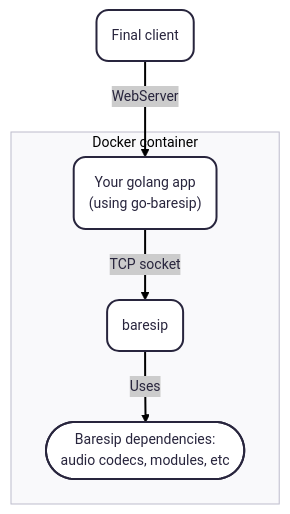
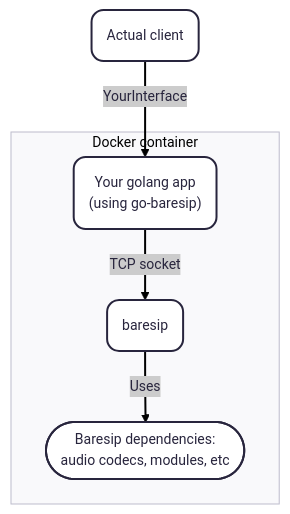
One commit to f18m/go-baresip changed the diagram in README.md. Above: the diagram before and after it, drawn with Mermaid. The commit also changed other lines of this file and 8 other files, not shown here.

````diff
--- a/README.md
+++ b/README.md
@@ -22,17 +22,17 @@
 ```mermaid
 ---
 config:
       theme: redux
 ---
 flowchart TD
-      CLIENT("Final client")
+      CLIENT("Actual client")
       subgraph docker [Docker container]
       BARESIP("baresip")
       DEPENDENCIES(["Baresip dependencies:<br>audio codecs, modules, etc"])
       GOLANGAPP("Your golang app<br>(using go-baresip)")
 
       BARESIP --Uses--> DEPENDENCIES
       GOLANGAPP --TCP socket--> BARESIP
       end
-      CLIENT --WebServer--> GOLANGAPP
+      CLIENT --YourInterface--> GOLANGAPP
 ```
````
